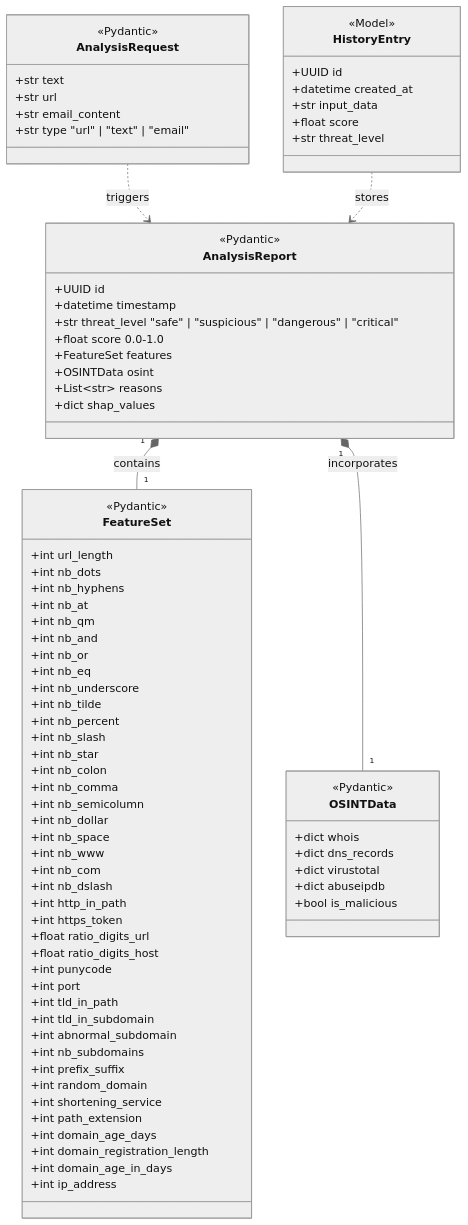
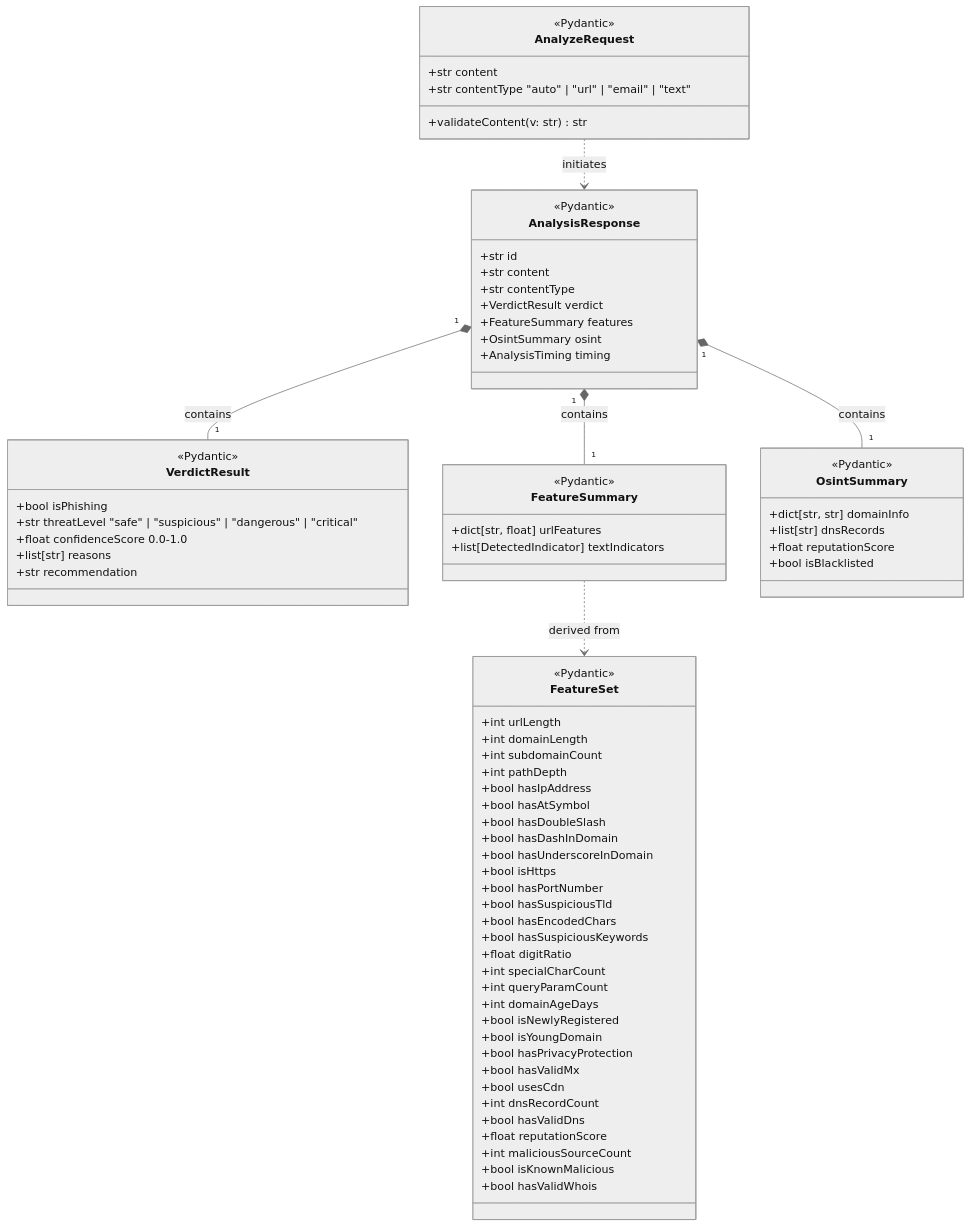
One commit to ELTE-DSED/phishing-detection-osint changed the diagram in docs/diagrams/mermaid/class-diagram.mmd. Above: the diagram before and after it, drawn with Mermaid (neutral theme). The commit also changed 8 other files, not shown here.

```diff
--- a/docs/diagrams/mermaid/class-diagram.mmd
+++ b/docs/diagrams/mermaid/class-diagram.mmd
@@ -1,86 +1,80 @@
 classDiagram
-    class AnalysisRequest {
+    class AnalyzeRequest {
         <<Pydantic>>
-        +str text
-        +str url
-        +str email_content
-        +str type "url" | "text" | "email"
+        +str content
+        +str contentType "auto" | "url" | "email" | "text"
+        +validateContent(v: str) str
     }
 
-    class AnalysisReport {
+    class AnalysisResponse {
         <<Pydantic>>
-        +UUID id
-        +datetime timestamp
-        +str threat_level "safe" | "suspicious" | "dangerous" | "critical"
-        +float score 0.0-1.0
-        +FeatureSet features
-        +OSINTData osint
-        +List~str~ reasons
-        +dict shap_values
+        +str id
+        +str content
+        +str contentType
+        +VerdictResult verdict
+        +FeatureSummary features
+        +OsintSummary osint
+        +AnalysisTiming timing
+    }
+
+    class VerdictResult {
+        <<Pydantic>>
+        +bool isPhishing
+        +str threatLevel "safe" | "suspicious" | "dangerous" | "critical"
+        +float confidenceScore 0.0-1.0
+        +list[str] reasons
+        +str recommendation
+    }
+
+    class FeatureSummary {
+        <<Pydantic>>
+        +dict[str, float] urlFeatures
+        +list[DetectedIndicator] textIndicators
+    }
+
+    class OsintSummary {
+        <<Pydantic>>
+        +dict[str, str] domainInfo
+        +list[str] dnsRecords
+        +float reputationScore
+        +bool isBlacklisted
     }
 
     class FeatureSet {
         <<Pydantic>>
-        +int url_length
-        +int nb_dots
-        +int nb_hyphens
-        +int nb_at
-        +int nb_qm
-        +int nb_and
-        +int nb_or
-        +int nb_eq
-        +int nb_underscore
-        +int nb_tilde
-        +int nb_percent
-        +int nb_slash
-        +int nb_star
-        +int nb_colon
-        +int nb_comma
-        +int nb_semicolumn
-        +int nb_dollar
-        +int nb_space
-        +int nb_www
-        +int nb_com
-        +int nb_dslash
-        +int http_in_path
-        +int https_token
-        +float ratio_digits_url
-        +float ratio_digits_host
-        +int punycode
-        +int port
-        +int tld_in_path
-        +int tld_in_subdomain
-        +int abnormal_subdomain
-        +int nb_subdomains
-        +int prefix_suffix
-        +int random_domain
-        +int shortening_service
-        +int path_extension
-        +int domain_age_days
-        +int domain_registration_length
-        +int domain_age_in_days
-        +int ip_address
+        +int urlLength
+        +int domainLength
+        +int subdomainCount
+        +int pathDepth
+        +bool hasIpAddress
+        +bool hasAtSymbol
+        +bool hasDoubleSlash
+        +bool hasDashInDomain
+        +bool hasUnderscoreInDomain
+        +bool isHttps
+        +bool hasPortNumber
+        +bool hasSuspiciousTld
+        +bool hasEncodedChars
+        +bool hasSuspiciousKeywords
+        +float digitRatio
+        +int specialCharCount
+        +int queryParamCount
+        +int domainAgeDays
+        +bool isNewlyRegistered
+        +bool isYoungDomain
+        +bool hasPrivacyProtection
+        +bool hasValidMx
+        +bool usesCdn
+        +int dnsRecordCount
+        +bool hasValidDns
+        +float reputationScore
+        +int maliciousSourceCount
+        +bool isKnownMalicious
+        +bool hasValidWhois
     }
 
-    class OSINTData {
-        <<Pydantic>>
-        +dict whois
-        +dict dns_records
-        +dict virustotal
-        +dict abuseipdb
-        +bool is_malicious
-    }
-
-    class HistoryEntry {
-        <<Model>>
-        +UUID id
-        +datetime created_at
-        +str input_data
-        +float score
-        +str threat_level
-    }
-
-    AnalysisReport "1" *-- "1" FeatureSet : contains
-    AnalysisReport "1" *-- "1" OSINTData : incorporates
-    AnalysisRequest ..> AnalysisReport : triggers
-    HistoryEntry ..> AnalysisReport : stores
+    AnalyzeRequest ..> AnalysisResponse : initiates
+    AnalysisResponse "1" *-- "1" VerdictResult : contains
+    AnalysisResponse "1" *-- "1" FeatureSummary : contains
+    AnalysisResponse "1" *-- "1" OsintSummary : contains
+    FeatureSummary ..> FeatureSet : derived from
```
